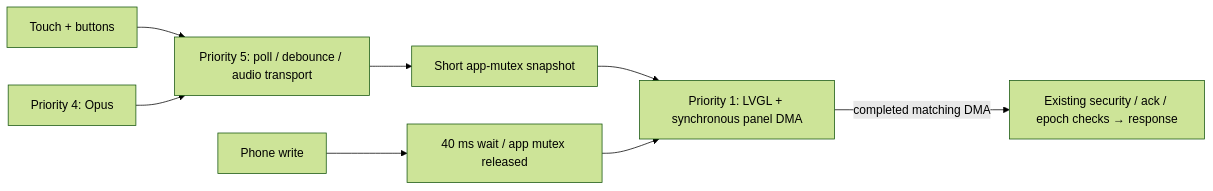
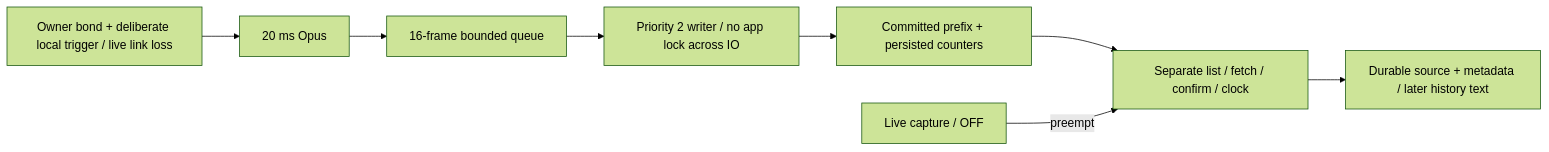
One commit to Harwasch/voiceremote changed the diagram in FW/handoff.md. Above: the diagram before and after it, drawn with Mermaid (forest theme). The commit also changed other lines of this file and 58 other files, not shown here.

````diff
--- a/FW/handoff.md
+++ b/FW/handoff.md
@@ -3,10 +3,10 @@
 ```mermaid
 flowchart LR
-    Touch[Touch + buttons] --> Input[Priority 5: poll / debounce / audio transport]
-    Input --> Mailbox[Short app-mutex snapshot]
-    Mailbox --> Render[Priority 1: LVGL + synchronous panel DMA]
-    Encode[Priority 4: Opus] --> Input
-    Phone[Phone write] --> Barrier[40 ms wait / app mutex released]
-    Barrier --> Render
-    Render -->|completed matching DMA| Apply[Existing security / ack / epoch checks → response]
+    Trigger[Owner bond + deliberate local trigger / live link loss] --> Opus[20 ms Opus]
+    Opus --> Queue[16-frame bounded queue]
+    Queue --> Writer[Priority 2 writer / no app lock across IO]
+    Writer --> Flash[Committed prefix + persisted counters]
+    Flash --> Sync[Separate list / fetch / confirm / clock]
+    Sync --> Phone[Durable source + metadata / later history text]
+    Live[Live capture / OFF] -->|preempt| Sync
 ```
````
